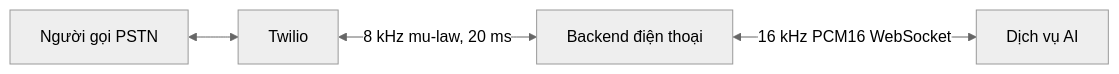
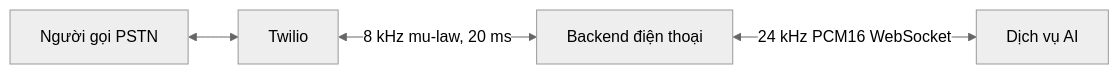
The diagram in documents/backend_contract/ai-bridge-contract.md (BopsAIle/phone_call_project), drawn with Mermaid (neutral theme) before and after one commit. The commit also changed other lines of this file and 52 other files, not shown here.

````diff
--- a/documents/backend_contract/ai-bridge-contract.md
+++ b/documents/backend_contract/ai-bridge-contract.md
@@ -21,6 +21,6 @@
 ```mermaid
 flowchart LR
     Caller["Người gọi PSTN"] <--> Twilio
     Twilio <-->|"8 kHz mu-law, 20 ms"| Backend["Backend điện thoại"]
-    Backend <-->|"16 kHz PCM16 WebSocket"| AI["Dịch vụ AI"]
+    Backend <-->|"24 kHz PCM16 WebSocket"| AI["Dịch vụ AI"]
 ```
````
